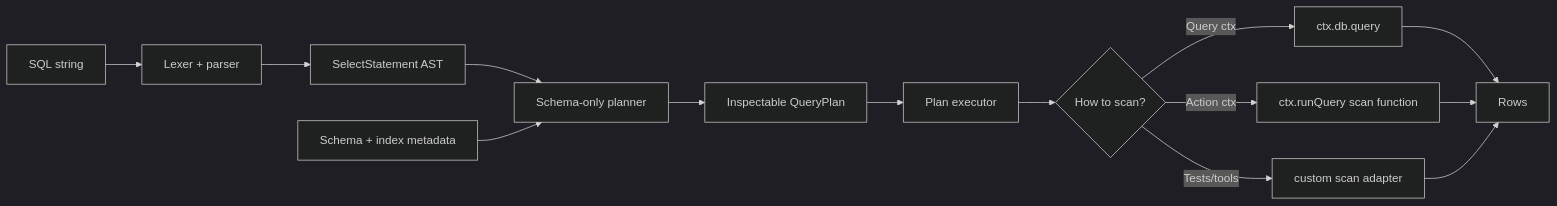
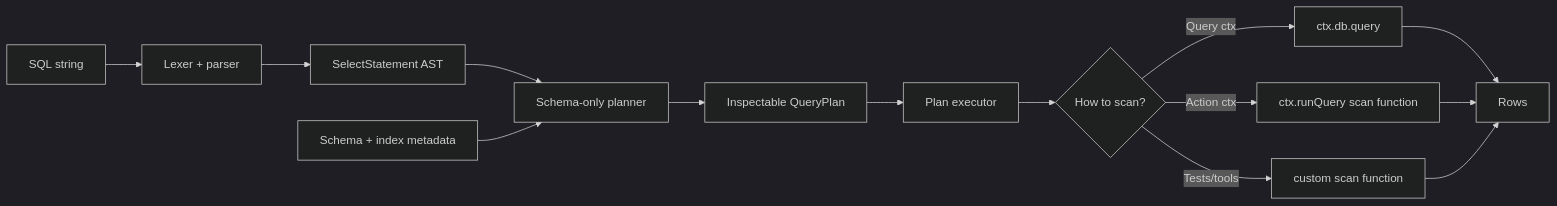
Before and after one commit to ldanilek/convex-olap: the first of 2 diagrams in README.md, drawn with Mermaid (dark theme). The commit also changed other lines of this file and 6 other files, not shown here.

````diff
--- a/README.md
+++ b/README.md
@@ -43,16 +43,16 @@
 ```mermaid
 flowchart LR
   SQL[SQL string] --> Parser[Lexer + parser]
   Parser --> AST[SelectStatement AST]
   AST --> Planner[Schema-only planner]
   Schema[Schema + index metadata] --> Planner
   Planner --> Plan[Inspectable QueryPlan]
   Plan --> Executor[Plan executor]
   Executor --> Scan{How to scan?}
   Scan -->|Query ctx| DB[ctx.db.query]
   Scan -->|Action ctx| RunQuery[ctx.runQuery scan function]
-  Scan -->|Tests/tools| Adapter[custom scan adapter]
+  Scan -->|Tests/tools| CustomScan[custom scan function]
   DB --> Rows[Rows]
   RunQuery --> Rows
-  Adapter --> Rows
+  CustomScan --> Rows
 ```
````
